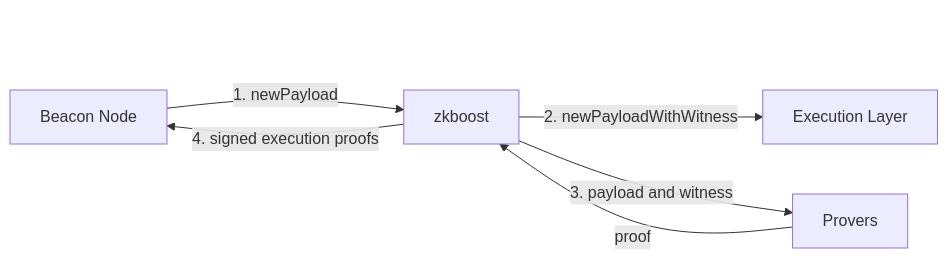
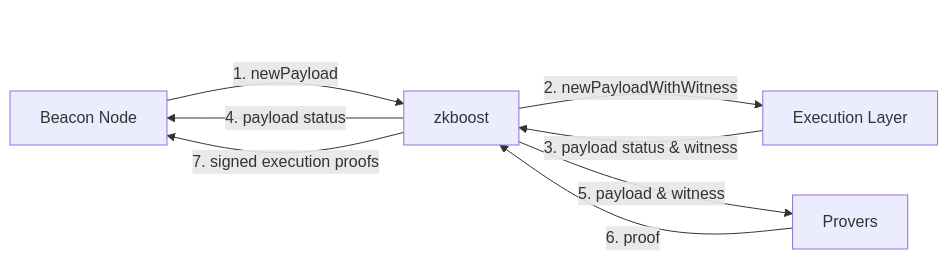
Before and after one commit to eth-act/zkboost: the diagram in README.md, drawn with Mermaid. The commit also changed other lines of this file, not shown here.

````diff
--- a/README.md
+++ b/README.md
@@ -13,12 +13,19 @@
 ```mermaid
 flowchart LR
-    CL["Beacon Node"] -- "1. newPayload" --> Z["zkboost"]
-    Z -- "4. signed execution proofs" --> CL
-    %% The hidden box balances the provers, so the three boxes stay in one row.
-    Z ~~~ S[" "]
-    Z ~~~ S
-    Z -- "2. newPayloadWithWitness" --> EL["Execution Layer"]
-    Z -- "3. payload and witness" --> P["Provers"]
-    P -- "proof" --> Z
-    style S fill:none,stroke:none
+    CL["Beacon Node"] 
+    Z["zkboost"]
+    EL["Execution Layer"]
+    P["Provers"]
+    D[" "]
+
+    CL -- "1. newPayload" --> Z
+    Z ~~~ D
+    Z ~~~ D
+    Z -- "2. newPayloadWithWitness" --> EL
+    EL -- "3. payload status & witness" --> Z
+    Z -- "4. payload status" --> CL
+    Z -- "5. payload & witness" --> P
+    P -- "6. proof" --> Z
+    Z -- "7. signed execution proofs" --> CL
+    style D fill:none,stroke:none
 ```
````
